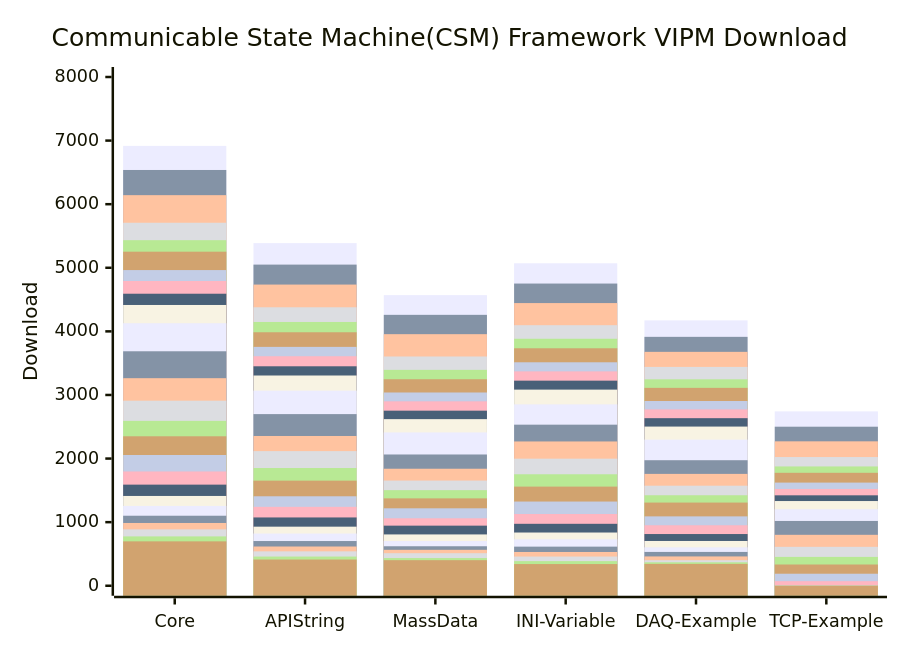
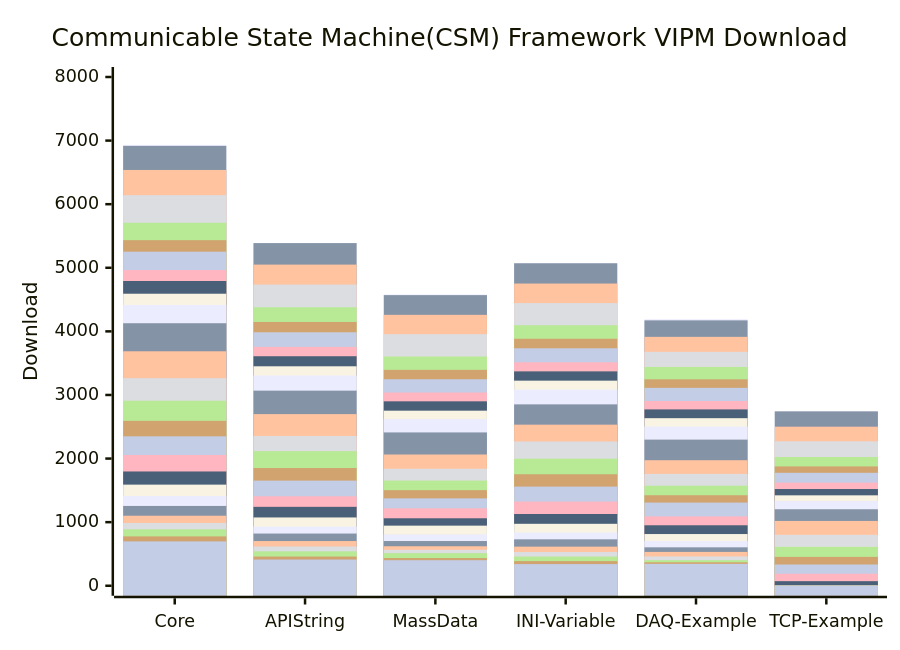
The diagram in profile/README.md (NEVSTOP-LAB/.github), drawn with Mermaid before and after one commit. The commit also changed other lines of this file and 2 other files, not shown here.

````diff
--- a/profile/README.md
+++ b/profile/README.md
@@ -42,32 +42,33 @@
 ```mermaid
     xychart-beta
     title "Communicable State Machine(CSM) Framework VIPM Download"
     x-axis [Core, API String, MassData, INI-Variable, DAQ-Example, TCP-Example]
     y-axis "Download" 0 --> 8000
+    bar   [6933, 5388, 4580, 5071, 4191, 2742, 2026.07]
     bar   [6917, 5388, 4570, 5071, 4173, 2742, 2026.06]
     bar   [6538, 5050, 4260, 4752, 3914, 2501, 2026.05]
     bar   [6142, 4736, 3956, 4445, 3678, 2271, 2026.04]
     bar   [5708, 4379, 3605, 4097, 3441, 2024, 2026.03]
     bar   [5434, 4148, 3395, 3884, 3246, 1876, 2026.02]
     bar   [5253, 3986, 3247, 3734, 3112, 1776, 2026.01]
     bar   [4964, 3756, 3039, 3514, 2905, 1622, 2025.12]
     bar   [4792, 3609, 2900, 3371, 2773, 1521, 2025.11]
     bar   [4592, 3451, 2753, 3225, 2635, 1422, 2025.10]
     bar   [4415, 3306, 2620, 3084, 2503, 1332, 2025.09]
     bar   [4128, 3068, 2411, 2852, 2298, 1203, 2025.08]
     bar   [3687, 2699, 2064, 2533, 1974, 1019, 2025.07]
     bar   [3264, 2355, 1840, 2269, 1759, 801, 2025.06]
     bar   [2910, 2117, 1654, 1998, 1573, 612, 2025.05]
     bar   [2593, 1851, 1503, 1753, 1423, 454, 2025.04]
     bar   [2350, 1653, 1374, 1559, 1308, 334, 2025.03]
     bar   [2056, 1407, 1218, 1324, 1091, 189, 2025.02]
     bar   [1797, 1241, 1061, 1128, 951, 72, 2025.01]
     bar   [1590, 1074, 945, 974, 813, 0, 2024.12]
     bar   [1412, 929, 807, 837, 704, 0, 2024.11]
     bar   [1255, 821, 703, 730, 604, 0, 2024.10]
     bar   [1101, 703, 621, 615, 532, 0, 2024.09]
     bar   [987, 617, 565, 531, 461, 0, 2024.08]
     bar   [887, 541, 512, 459, 402, 0, 2024.07]
     bar   [776, 459, 435, 387, 369, 0, 2024.06]
     bar   [698, 412, 402, 341, 344, 0, 2024.05]
 ```
````
